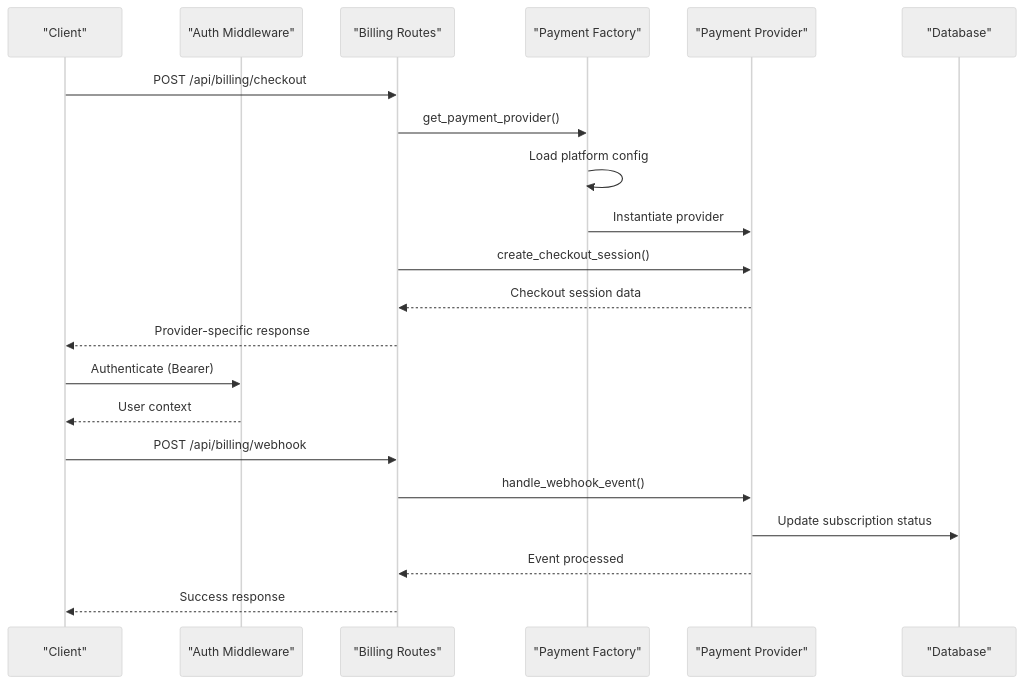
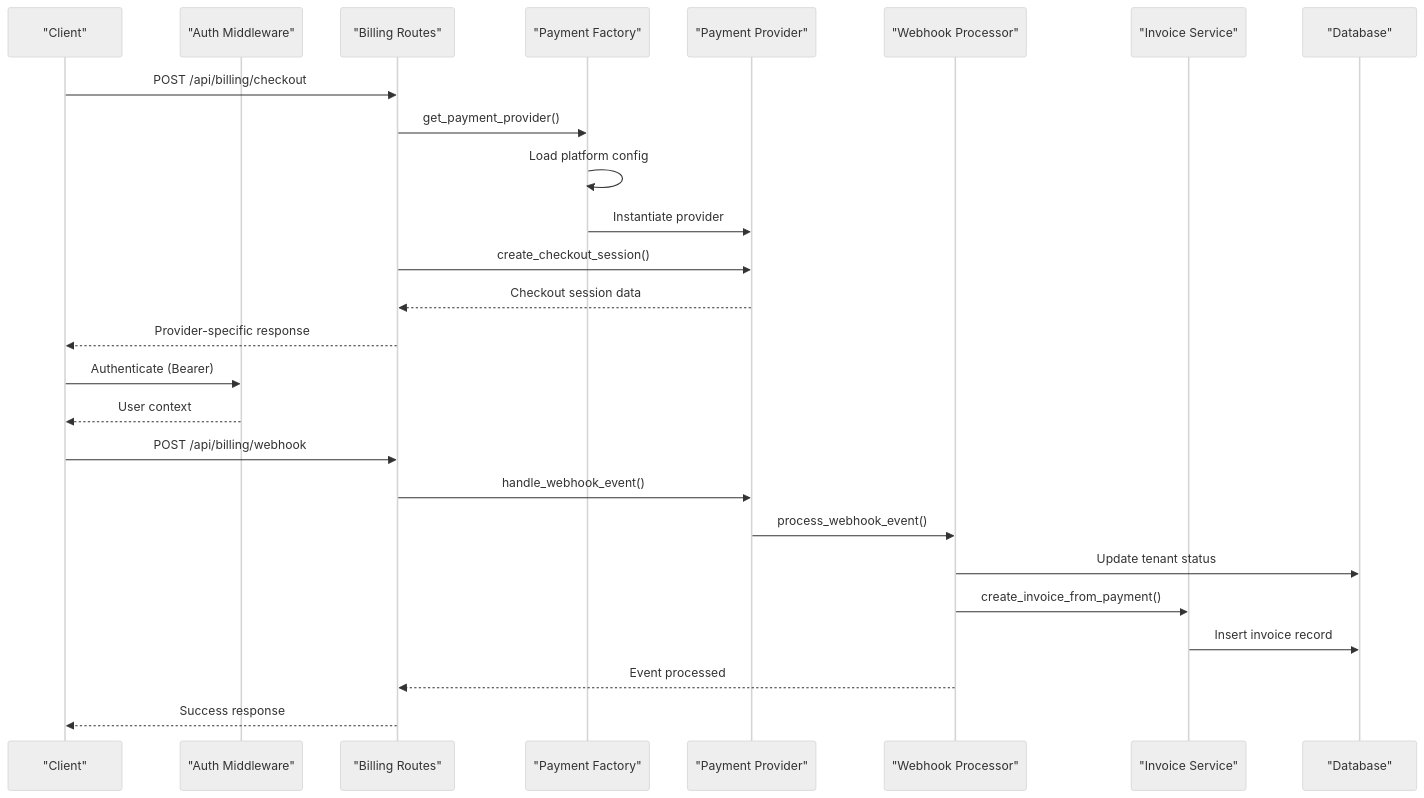
Before and after one commit to Revanththetalogics/aireume: the second of 6 diagrams in .qoder/repowiki/en/content/API Reference/Subscription & Billing.md, drawn with Mermaid (neutral theme). The commit also changed other lines of this file and 14 other files, not shown here.

````diff
--- a/.qoder/repowiki/en/content/API Reference/Subscription & Billing.md
+++ b/.qoder/repowiki/en/content/API Reference/Subscription & Billing.md
@@ -160,23 +181,28 @@
 ```mermaid
 sequenceDiagram
 participant Client as "Client"
 participant Auth as "Auth Middleware"
 participant Billing as "Billing Routes"
 participant Factory as "Payment Factory"
 participant Provider as "Payment Provider"
+participant Webhook as "Webhook Processor"
+participant Invoice as "Invoice Service"
 participant DB as "Database"
 Client->>Billing : POST /api/billing/checkout
 Billing->>Factory : get_payment_provider()
 Factory->>Factory : Load platform config
 Factory->>Provider : Instantiate provider
 Billing->>Provider : create_checkout_session()
 Provider-->>Billing : Checkout session data
 Billing-->>Client : Provider-specific response
 Client->>Auth : Authenticate (Bearer)
 Auth-->>Client : User context
 Client->>Billing : POST /api/billing/webhook
 Billing->>Provider : handle_webhook_event()
-Provider->>DB : Update subscription status
-Provider-->>Billing : Event processed
+Provider->>Webhook : process_webhook_event()
+Webhook->>DB : Update tenant status
+Webhook->>Invoice : create_invoice_from_payment()
+Invoice->>DB : Insert invoice record
+Webhook-->>Billing : Event processed
 Billing-->>Client : Success response
 ```
````
